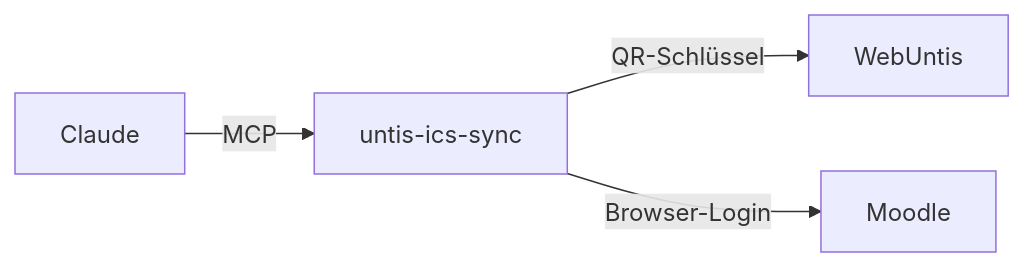
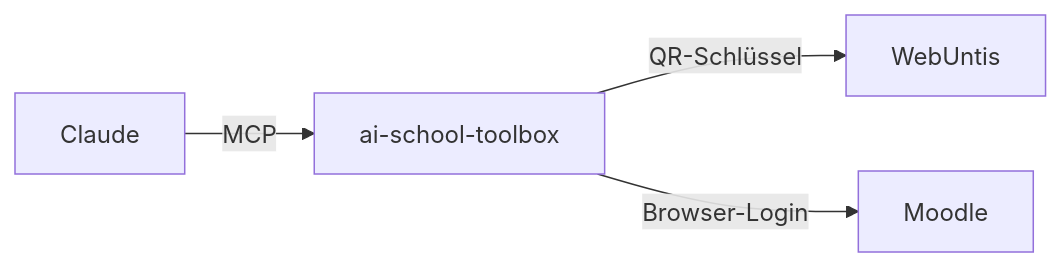
The diagram in README.md (builtbybengt/ai-school-toolbox), drawn with Mermaid before and after one commit. The commit also changed other lines of this file and 2 other files, not shown here.

Commit message:
docs: use new repo name ai-school-toolbox
Claude-Session: https://claude.ai/code/session_01UeAdqW1H2zM3ES3iv6xBY8

````diff
--- a/README.md
+++ b/README.md
@@ -40,6 +40,6 @@
 ```mermaid
 flowchart LR
-    C[Claude] -- MCP --> S[untis-ics-sync]
+    C[Claude] -- MCP --> S[ai-school-toolbox]
     S -- QR-Schlüssel --> U[WebUntis]
     S -- Browser-Login --> M[Moodle]
 ```
````
